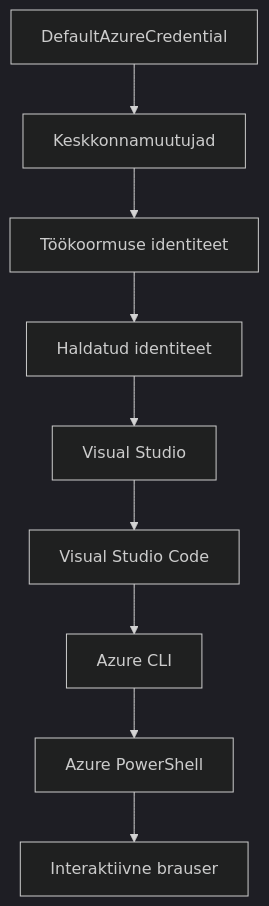
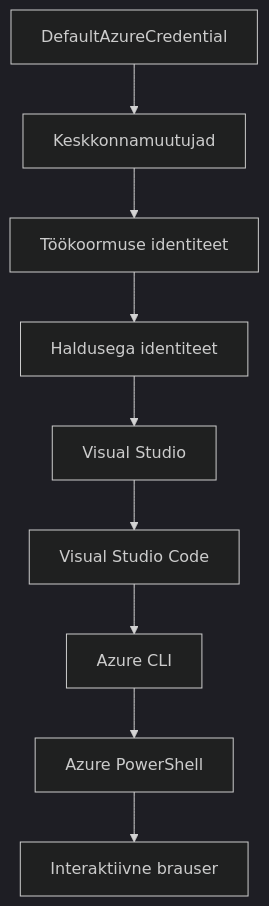
One commit to microsoft/AZD-for-beginners changed the second of 2 diagrams in translations/et/docs/chapter-01-foundation/azd-basics.md. Above: the diagram before and after it, drawn with Mermaid (dark theme). The commit also changed other lines of this file and 1 other file, not shown here.

````diff
--- a/translations/et/docs/chapter-01-foundation/azd-basics.md
+++ b/translations/et/docs/chapter-01-foundation/azd-basics.md
@@ -606,11 +608,11 @@
 ```mermaid
 graph TD
     A[DefaultAzureCredential] --> B[Keskkonnamuutujad]
     B --> C[Töökoormuse identiteet]
-    C --> D[Haldatud identiteet]
+    C --> D[Haldusega identiteet]
     D --> E[Visual Studio]
     E --> F[Visual Studio Code]
     F --> G[Azure CLI]
     G --> H[Azure PowerShell]
     H --> I[Interaktiivne brauser]
 ```
````
